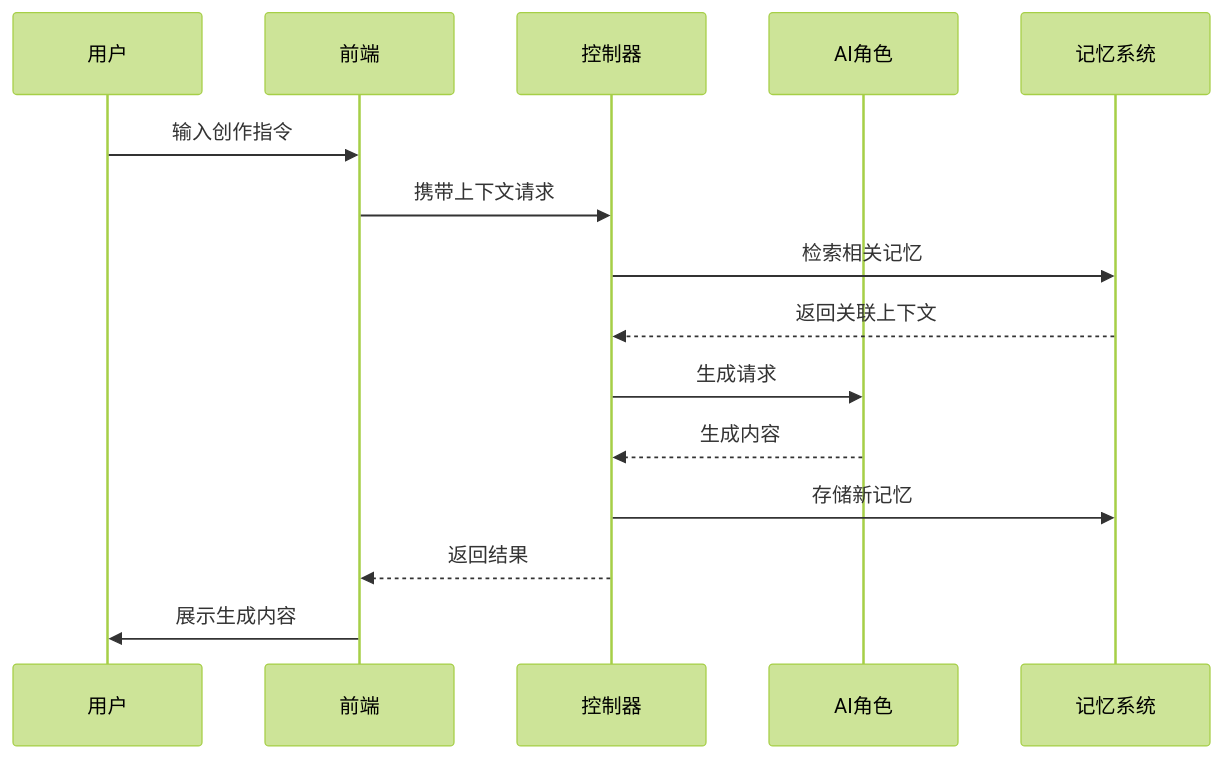
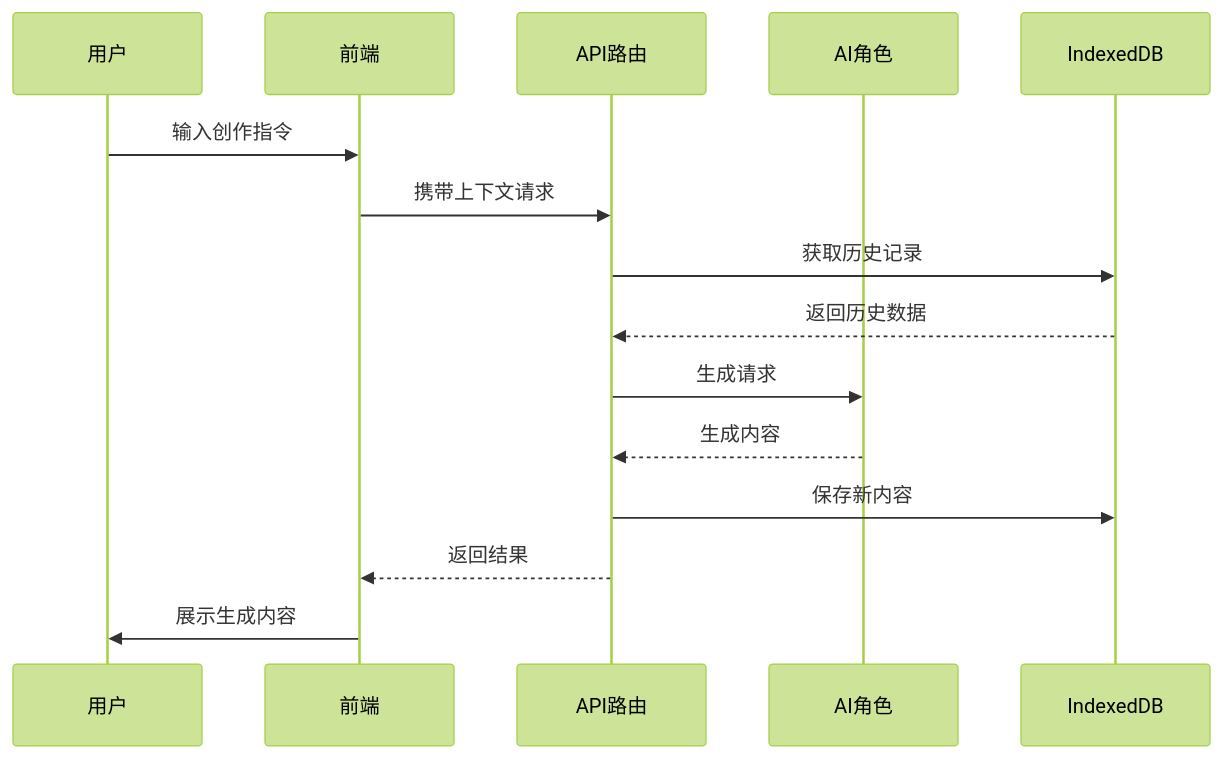
Before and after one commit to danhuaxiansheng/ai-project: the second of 2 diagrams in tale-weaver/README.md, drawn with Mermaid (forest theme). The commit also changed other lines of this file and 33 other files, not shown here.

````diff
--- a/tale-weaver/README.md
+++ b/tale-weaver/README.md
@@ -121,18 +68,18 @@
 ```mermaid
 sequenceDiagram
     participant 用户
     participant 前端
-    participant 控制器
+    participant API路由
     participant AI角色
-    participant 记忆系统
+    participant IndexedDB
 
     用户->>前端: 输入创作指令
-    前端->>控制器: 携带上下文请求
-    控制器->>记忆系统: 检索相关记忆
-    记忆系统-->>控制器: 返回关联上下文
-    控制器->>AI角色: 生成请求
-    AI角色-->>控制器: 生成内容
-    控制器->>记忆系统: 存储新记忆
-    控制器-->>前端: 返回结果
+    前端->>API路由: 携带上下文请求
+    API路由->>IndexedDB: 获取历史记录
+    IndexedDB-->>API路由: 返回历史数据
+    API路由->>AI角色: 生成请求
+    AI角色-->>API路由: 生成内容
+    API路由->>IndexedDB: 保存新内容
+    API路由-->>前端: 返回结果
     前端->>用户: 展示生成内容
 ```
````
